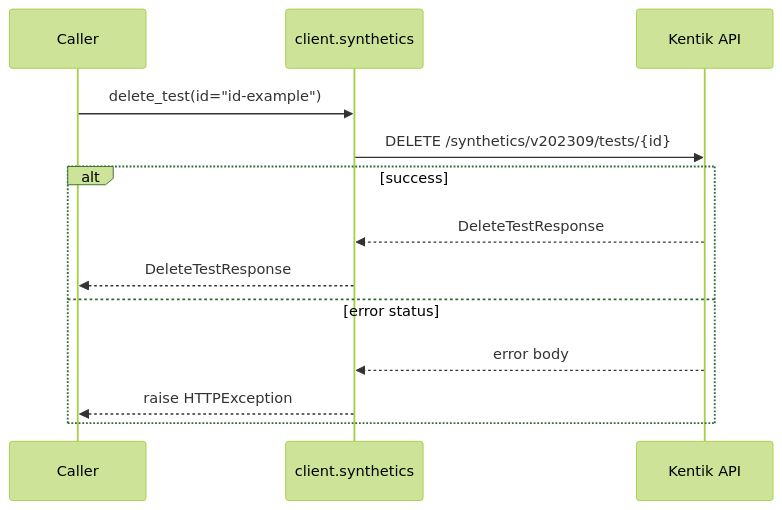
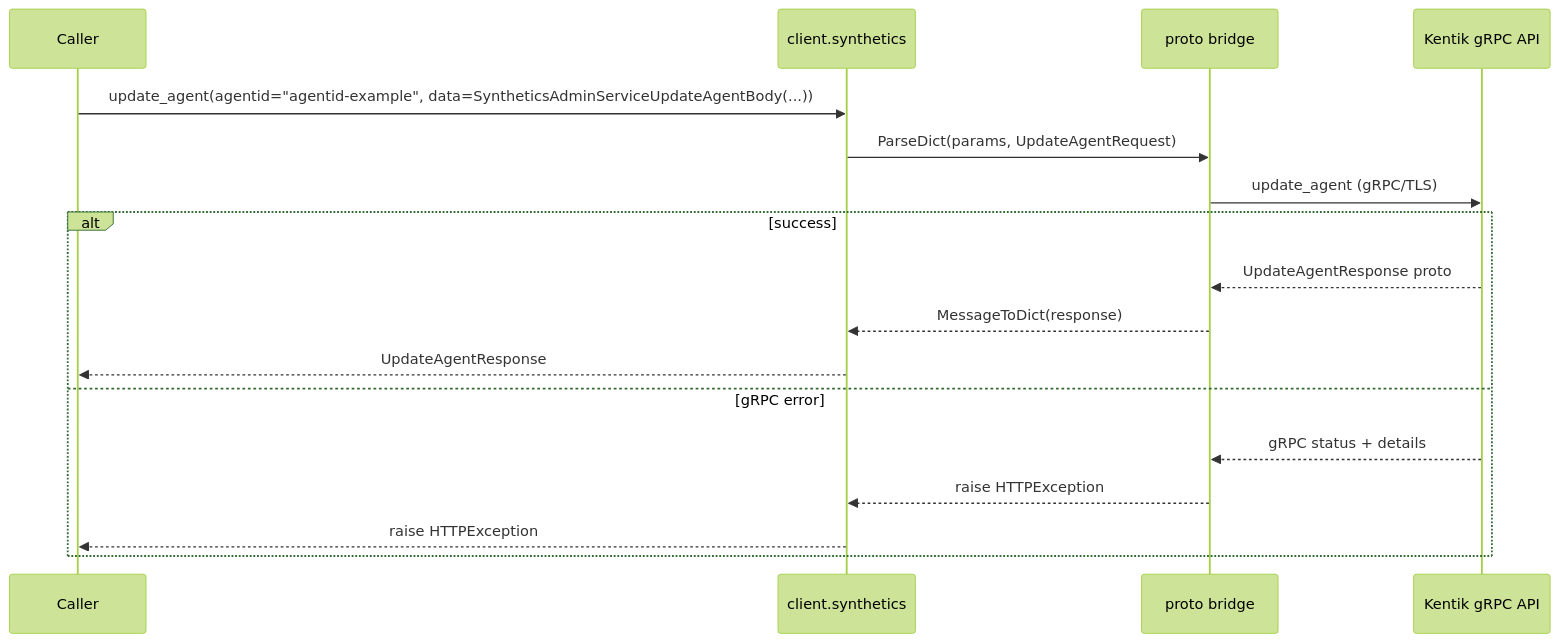
Before and after one commit to alexdearaujo/community_sdk_python: diagram 17 of 38 in docs/sphinx/services/synthetics.md, drawn with Mermaid (forest theme). The commit also changed other lines of this file and 61 other files, not shown here.

````diff
--- a/docs/sphinx/services/synthetics.md
+++ b/docs/sphinx/services/synthetics.md
@@ -673,16 +573,20 @@
 ```mermaid
 sequenceDiagram
     participant C as Caller
     participant W as client.synthetics
-    participant API as Kentik API
+    participant B as proto bridge
+    participant API as Kentik gRPC API
 
-    C->>W: delete_test(id="id-example")
-    W->>API: DELETE /synthetics/v202309/tests/{id}
+    C->>W: update_agent(agentid="agentid-example", data=SyntheticsAdminServiceUpdateAgentBody(...))
+    W->>B: ParseDict(params, UpdateAgentRequest)
+    B->>API: update_agent (gRPC/TLS)
     alt success
-        API-->>W: DeleteTestResponse
-        W-->>C: DeleteTestResponse
-    else error status
-        API-->>W: error body
+        API-->>B: UpdateAgentResponse proto
+        B-->>W: MessageToDict(response)
+        W-->>C: UpdateAgentResponse
+    else gRPC error
+        API-->>B: gRPC status + details
+        B-->>W: raise HTTPException
         W-->>C: raise HTTPException
     end
 ```
````
